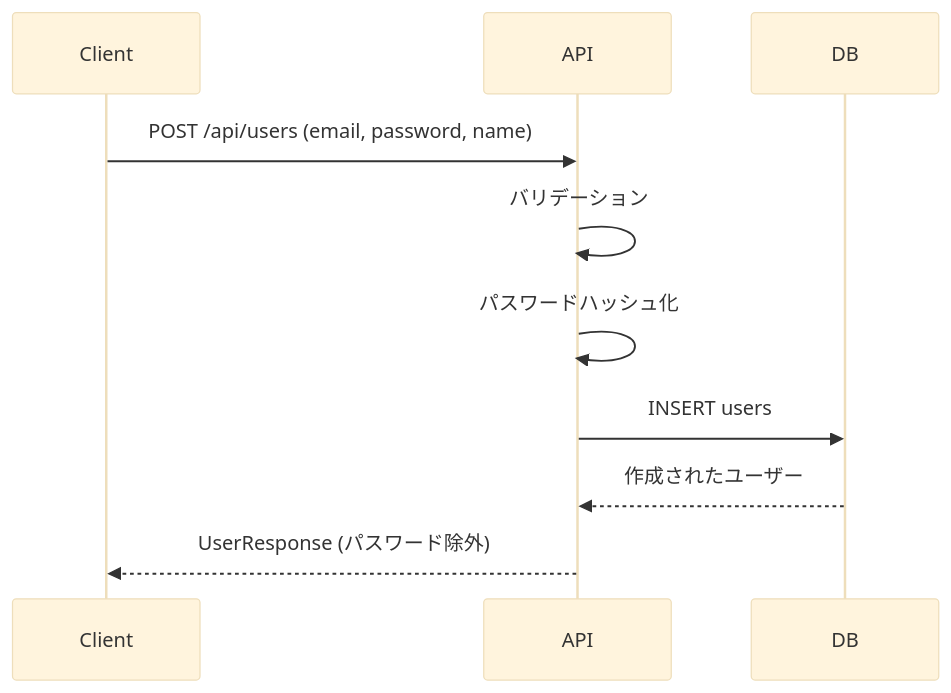
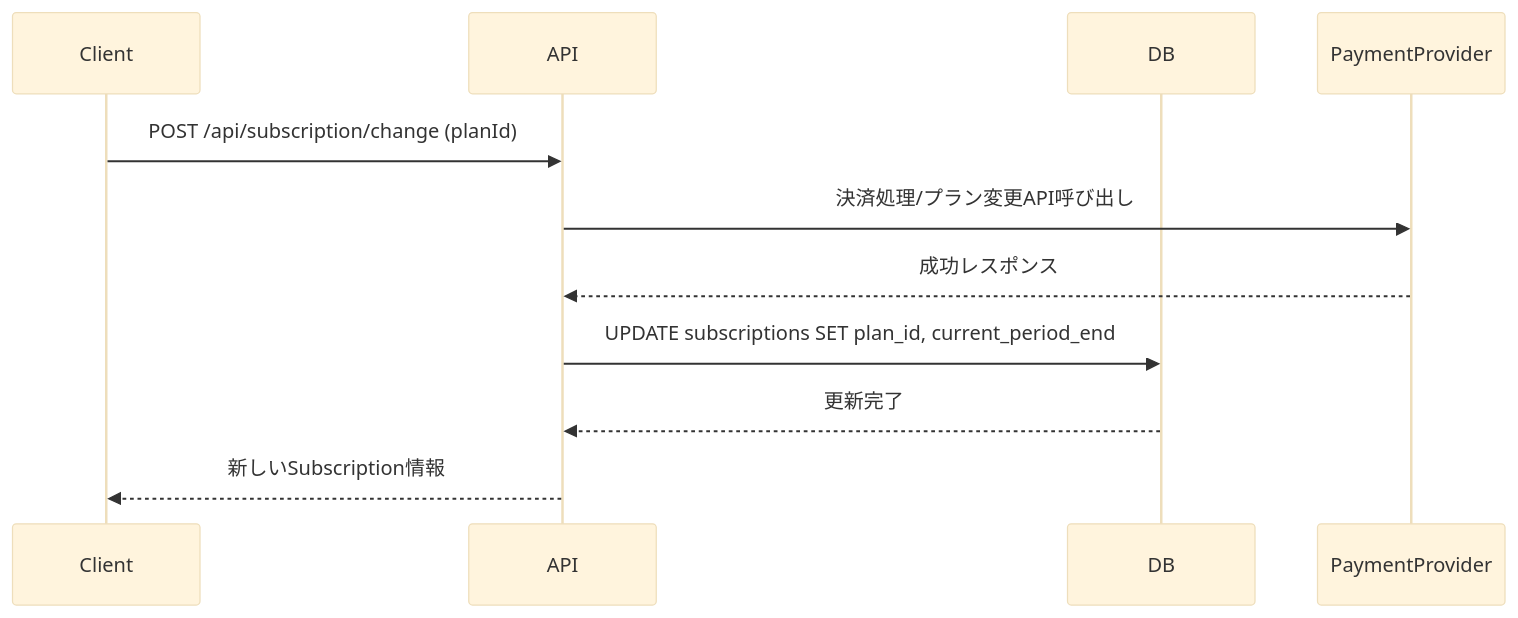
Before and after one commit to NK28116/web-PJ: the second of 3 diagrams in docs/03_data_design.md, drawn with Mermaid (base theme). The commit also changed other lines of this file and 7 other files, not shown here.

````diff
--- a/docs/03_data_design.md
+++ b/docs/03_data_design.md
@@ -187,13 +280,14 @@
 ```mermaid
 sequenceDiagram
     participant Client
     participant API
     participant DB
-    
-    Client->>API: POST /api/users (email, password, name)
-    API->>API: バリデーション
-    API->>API: パスワードハッシュ化
-    API->>DB: INSERT users
-    DB-->>API: 作成されたユーザー
-    API-->>Client: UserResponse (パスワード除外)
+    participant PaymentProvider
+
+    Client->>API: POST /api/subscription/change (planId)
+    API->>PaymentProvider: 決済処理/プラン変更API呼び出し
+    PaymentProvider-->>API: 成功レスポンス
+    API->>DB: UPDATE subscriptions SET plan_id, current_period_end
+    DB-->>API: 更新完了
+    API-->>Client: 新しいSubscription情報
 ```
````
